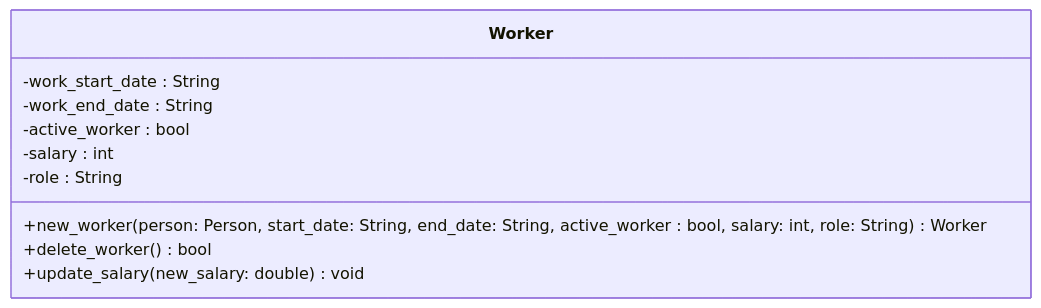
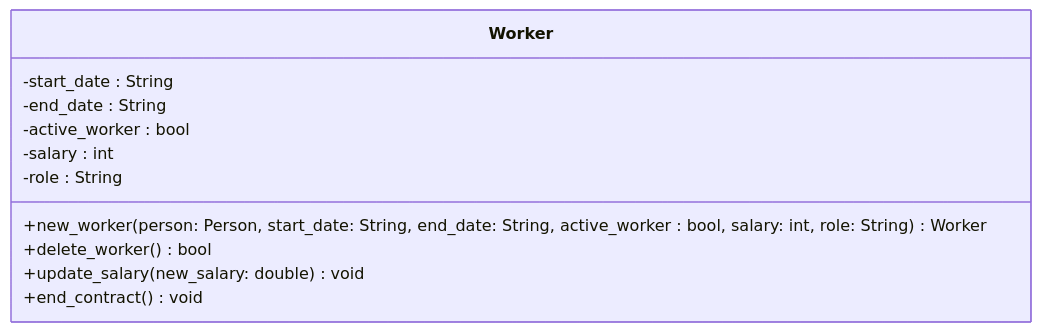
One commit to ondergormez/BLM3722_Software_Engineering changed the fourth of 9 diagrams in Project/UML_Diag.md. Above: the diagram before and after it, drawn with Mermaid. The commit also changed 6 other files, not shown here.

````diff
--- a/Project/UML_Diag.md
+++ b/Project/UML_Diag.md
@@ -97,13 +97,14 @@
 ```mermaid
 classDiagram
     class Worker{
-      -work_start_date : String 
-      -work_end_date : String 
+      -start_date : String 
+      -end_date : String 
       -active_worker : bool 
       -salary : int 
       -role : String
       +new_worker(person: Person, start_date: String, end_date: String, active_worker : bool, salary: int,  role: String) Worker
       +delete_worker() bool
       +update_salary(new_salary: double) void
+      +end_contract() void
     }
 ```
````
